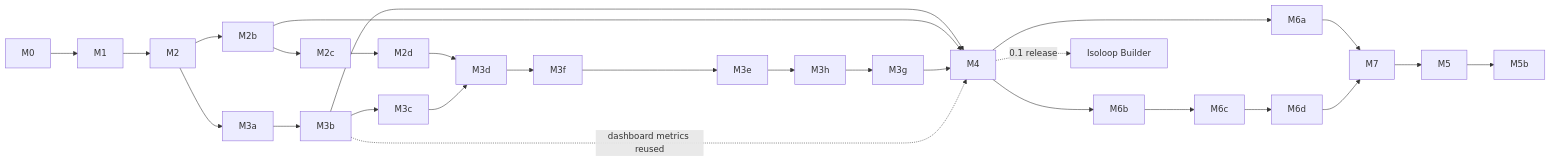
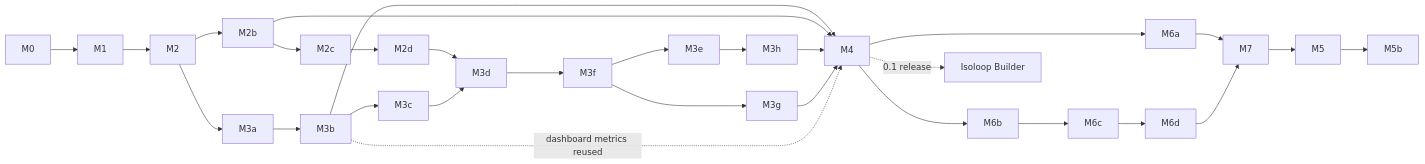
The diagram in docs/plans/README.md (isoloop/isoloop), drawn with Mermaid before and after one commit. The commit also changed other lines of this file and 4 other files, not shown here.

````diff
--- a/docs/plans/README.md
+++ b/docs/plans/README.md
@@ -36,12 +36,13 @@
 ```mermaid
 flowchart LR
   M0 --> M1 --> M2 --> M3a --> M3b --> M4
   M2 --> M2b --> M4
   M4 --> M6a & M6b
   M6b --> M6c --> M6d
   M6a & M6d --> M7 --> M5 --> M5b
   M4 -. "0.1 release" .-> Builder["Isoloop Builder"]
-  M2b --> M2c --> M2d --> M3d --> M3f --> M3e --> M3h --> M3g --> M4
+  M2b --> M2c --> M2d --> M3d --> M3f --> M3e --> M3h --> M4
+  M3f --> M3g --> M4
   M3b --> M3c --> M3d
   M3b -. "dashboard metrics reused" .-> M4
 ```
````
